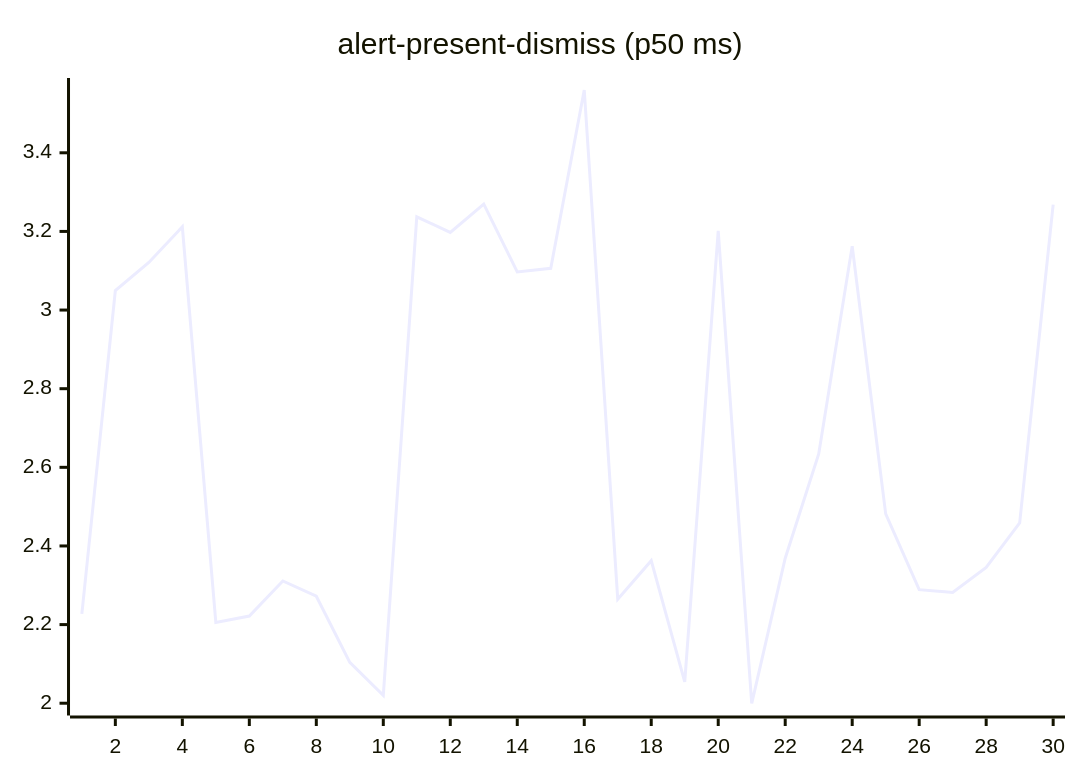
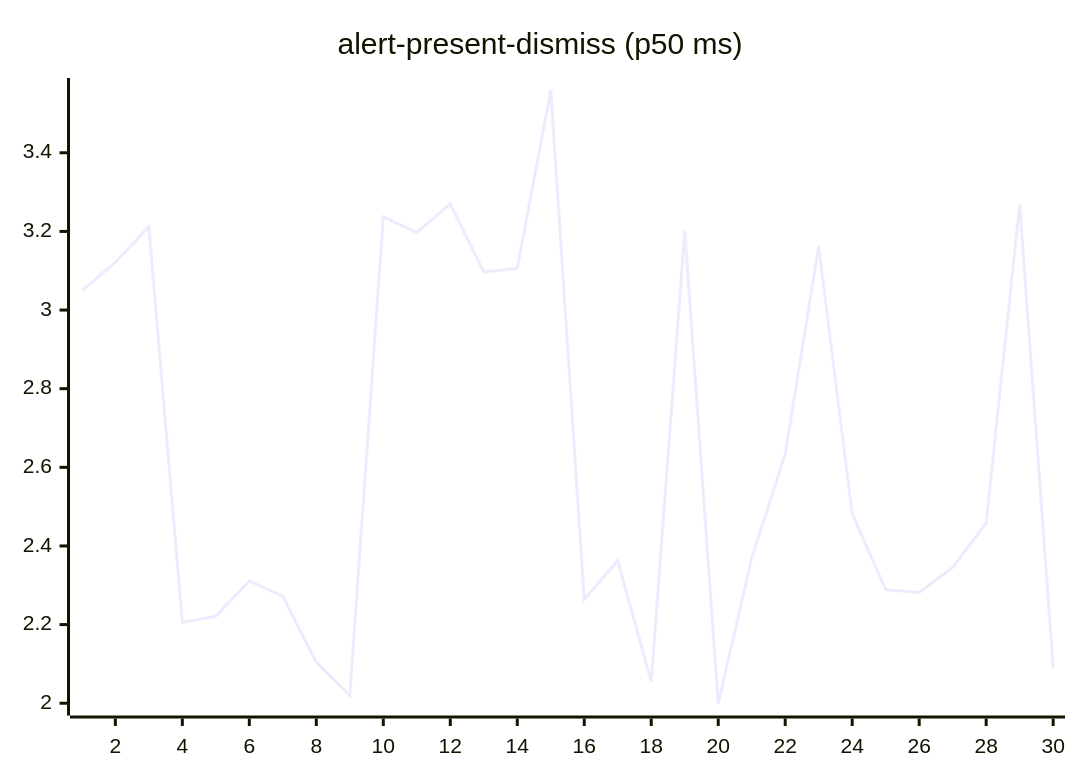
The second of 27 diagrams in README.md (josha/Facet), drawn with Mermaid before and after one commit. The commit also changed other lines of this file and 2 other files, not shown here.

````diff
--- a/README.md
+++ b/README.md
@@ -70,6 +70,6 @@
 ```mermaid
 xychart-beta
     title "alert-present-dismiss (p50 ms)"
     x-axis 1 --> 30
-    line [2.2272, 3.0496, 3.1212, 3.2117, 2.2054, 2.2216, 2.3109, 2.2722, 2.1040, 2.0200, 3.2371, 3.1976, 3.2697, 3.0970, 3.1061, 3.5597, 2.2642, 2.3626, 2.0543, 3.2013, 1.9993, 2.3689, 2.6340, 3.1626, 2.4814, 2.2888, 2.2819, 2.3455, 2.4588, 3.2682]
+    line [3.0496, 3.1212, 3.2117, 2.2054, 2.2216, 2.3109, 2.2722, 2.1040, 2.0200, 3.2371, 3.1976, 3.2697, 3.0970, 3.1061, 3.5597, 2.2642, 2.3626, 2.0543, 3.2013, 1.9993, 2.3689, 2.6340, 3.1626, 2.4814, 2.2888, 2.2819, 2.3455, 2.4588, 3.2682, 2.0908]
 ```
````
